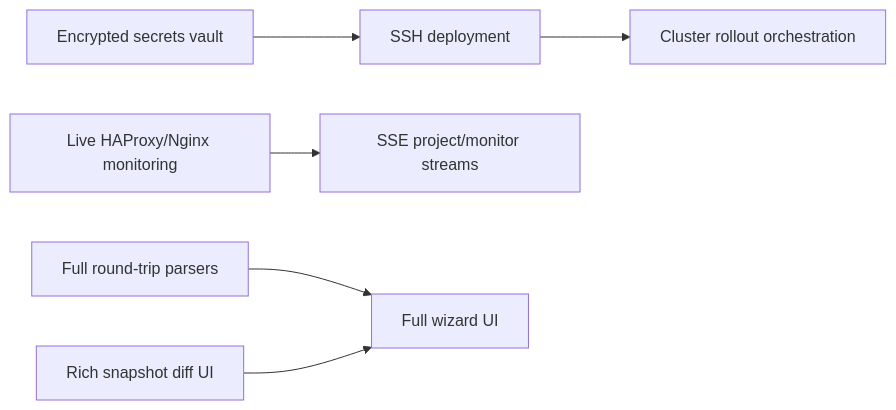
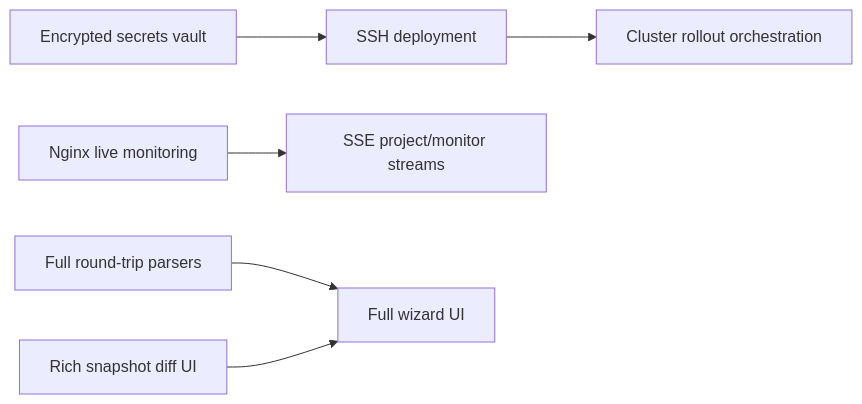
Diagram 18 of 18 in ARCHITECTURE.md (ersinkoc/Mizan), drawn with Mermaid before and after one commit. The commit also changed other lines of this file and 10 other files, not shown here.

Commit message:
Add HAProxy monitor stats parser

````diff
--- a/ARCHITECTURE.md
+++ b/ARCHITECTURE.md
@@ -566,17 +578,17 @@
 ```mermaid
 flowchart LR
   SSH["SSH deployment"]
   Rollout["Cluster rollout orchestration"]
   Secrets["Encrypted secrets vault"]
-  Monitor["Live HAProxy/Nginx monitoring"]
+  Monitor["Nginx live monitoring"]
   SSE["SSE project/monitor streams"]
   FullParser["Full round-trip parsers"]
   Wizard["Full wizard UI"]
   DiffUI["Rich snapshot diff UI"]
 
   SSH --> Rollout
   Secrets --> SSH
   Monitor --> SSE
   FullParser --> Wizard
   DiffUI --> Wizard
 ```
````
